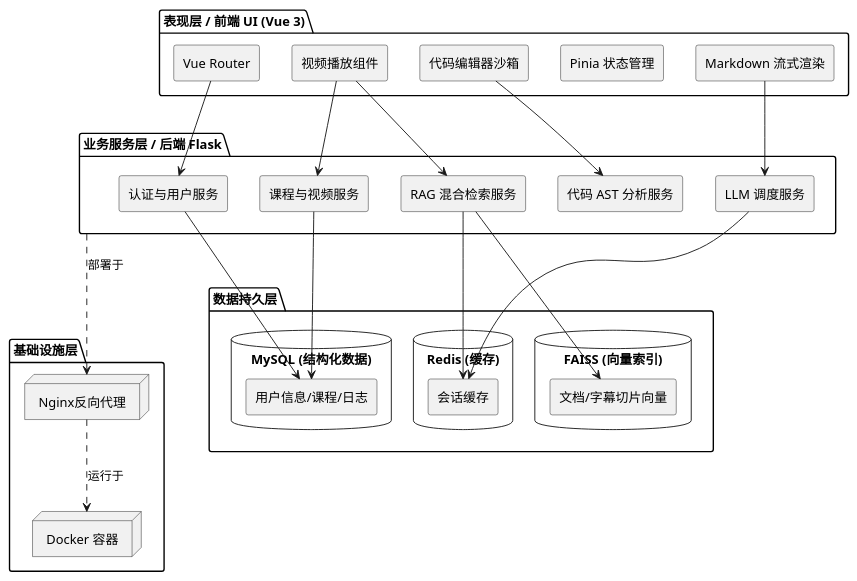
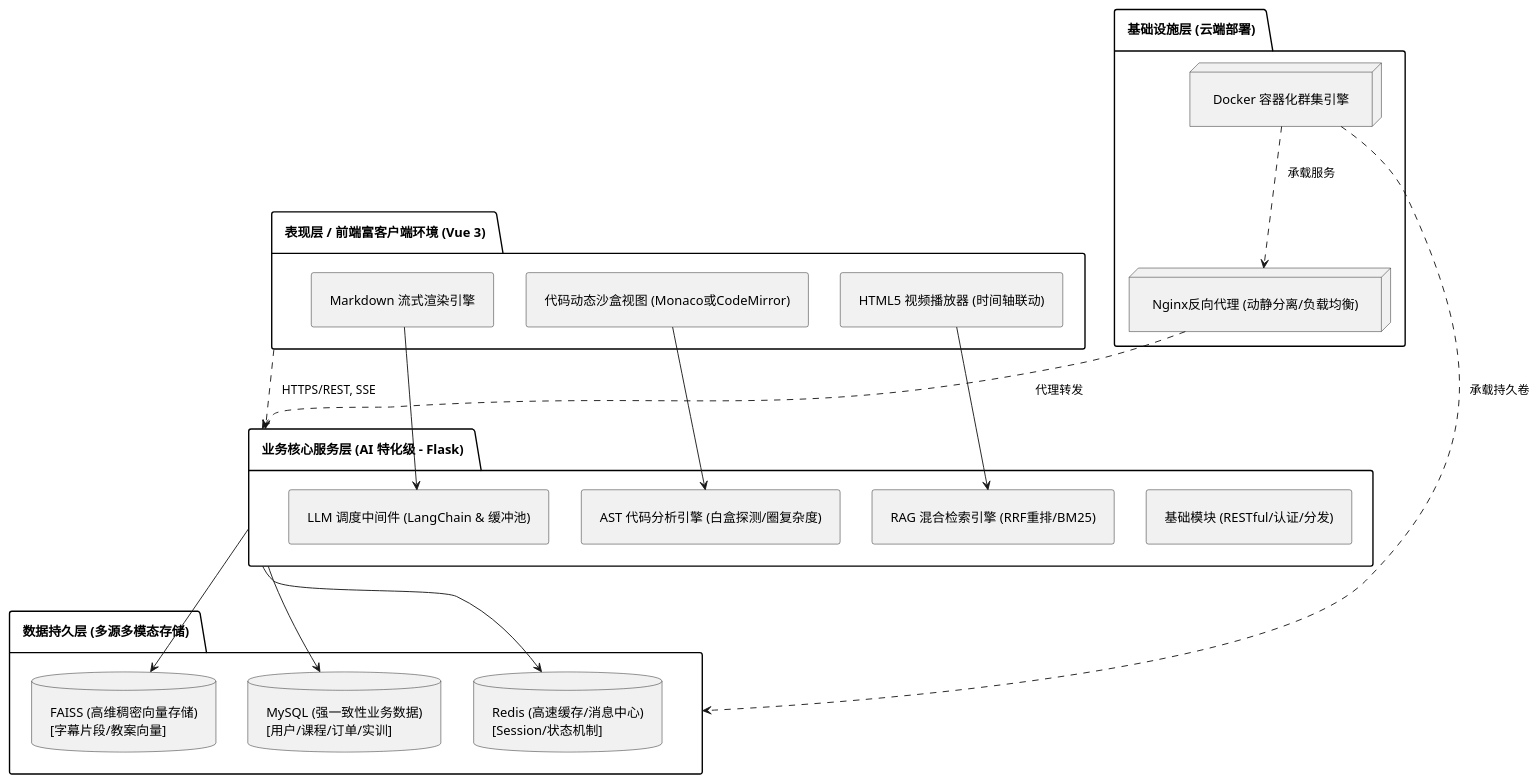
One commit to riverfielder/AgentEducator2-master changed the diagram in thesis/arch.puml. Above: the diagram before and after it, drawn with PlantUML. The commit also changed 80 other files, not shown here.

```diff
--- a/thesis/arch.puml
+++ b/thesis/arch.puml
@@ -1,51 +1,44 @@
 @startuml
 skinparam componentStyle rectangle
+skinparam backgroundColor white
+skinparam padding 10
 
-package "表现层 / 前端 UI (Vue 3)" {
-  [Vue Router]
-  [Pinia 状态管理]
-  [视频播放组件]
-  [代码编辑器沙箱]
-  [Markdown 流式渲染]
+package "表现层 / 前端富客户端环境 (Vue 3)" {
+  [Markdown 流式渲染引擎]
+  [代码动态沙盒视图 (Monaco或CodeMirror)]
+  [HTML5 视频播放器 (时间轴联动)]
 }
 
-package "业务服务层 / 后端 Flask" {
-  [认证与用户服务]
-  [课程与视频服务]
-  [RAG 混合检索服务]
-  [代码 AST 分析服务]
-  [LLM 调度服务]
+package "业务核心服务层 (AI 特化级 - Flask)" {
+  [基础模块 (RESTful/认证/分发)]
+  [LLM 调度中间件 (LangChain & 缓冲池)]
+  
+  [AST 代码分析引擎 (白盒探测/圈复杂度)]
+  [RAG 混合检索引擎 (RRF重排/BM25)]
 }
 
-package "数据持久层" {
-  database "MySQL (结构化数据)" {
-    [用户信息/课程/日志]
-  }
-  database "Redis (缓存)" {
-    [会话缓存]
-  }
-  database "FAISS (向量索引)" {
-    [文档/字幕切片向量]
-  }
+package "数据持久层 (多源多模态存储)" {
+  database "MySQL (强一致性业务数据)\n[用户/课程/订单/实训]" as MySQL
+  database "Redis (高速缓存/消息中心)\n[Session/状态机制]" as Redis
+  database "FAISS (高维稠密向量存储)\n[字幕片段/教案向量]" as FAISS
 }
 
-package "基础设施层" {
-  node "Nginx反向代理"
-  node "Docker 容器"
+package "基础设施层 (云端部署)" {
+  node "Nginx反向代理 (动静分离/负载均衡)" as Nginx
+  node "Docker 容器化群集引擎" as Docker
 }
 
-[Vue Router] --> [认证与用户服务]
-[视频播放组件] --> [课程与视频服务]
-[视频播放组件] --> [RAG 混合检索服务]
-[代码编辑器沙箱] --> [代码 AST 分析服务]
-[Markdown 流式渲染] --> [LLM 调度服务]
+[表现层 / 前端富客户端环境 (Vue 3)] ..> [业务核心服务层 (AI 特化级 - Flask)] : HTTPS/REST, SSE
+[Markdown 流式渲染引擎] --> [LLM 调度中间件 (LangChain & 缓冲池)]
+[代码动态沙盒视图 (Monaco或CodeMirror)] --> [AST 代码分析引擎 (白盒探测/圈复杂度)]
+[HTML5 视频播放器 (时间轴联动)] --> [RAG 混合检索引擎 (RRF重排/BM25)]
 
-[认证与用户服务] --> [用户信息/课程/日志]
-[课程与视频服务] --> [用户信息/课程/日志]
-[RAG 混合检索服务] --> [文档/字幕切片向量]
-[RAG 混合检索服务] --> [会话缓存]
-[LLM 调度服务] --> [会话缓存]
+[业务核心服务层 (AI 特化级 - Flask)] --> MySQL
+[业务核心服务层 (AI 特化级 - Flask)] --> Redis
+[业务核心服务层 (AI 特化级 - Flask)] --> FAISS
 
-[业务服务层 / 后端 Flask] ..> [Nginx反向代理] : 部署于
-[Nginx反向代理] ..> [Docker 容器] : 运行于
+Nginx ..> [业务核心服务层 (AI 特化级 - Flask)] : 代理转发
+Docker ..> Nginx : 承载服务
+Docker ..> [数据持久层 (多源多模态存储)] : 承载持久卷
+
 @enduml
```
